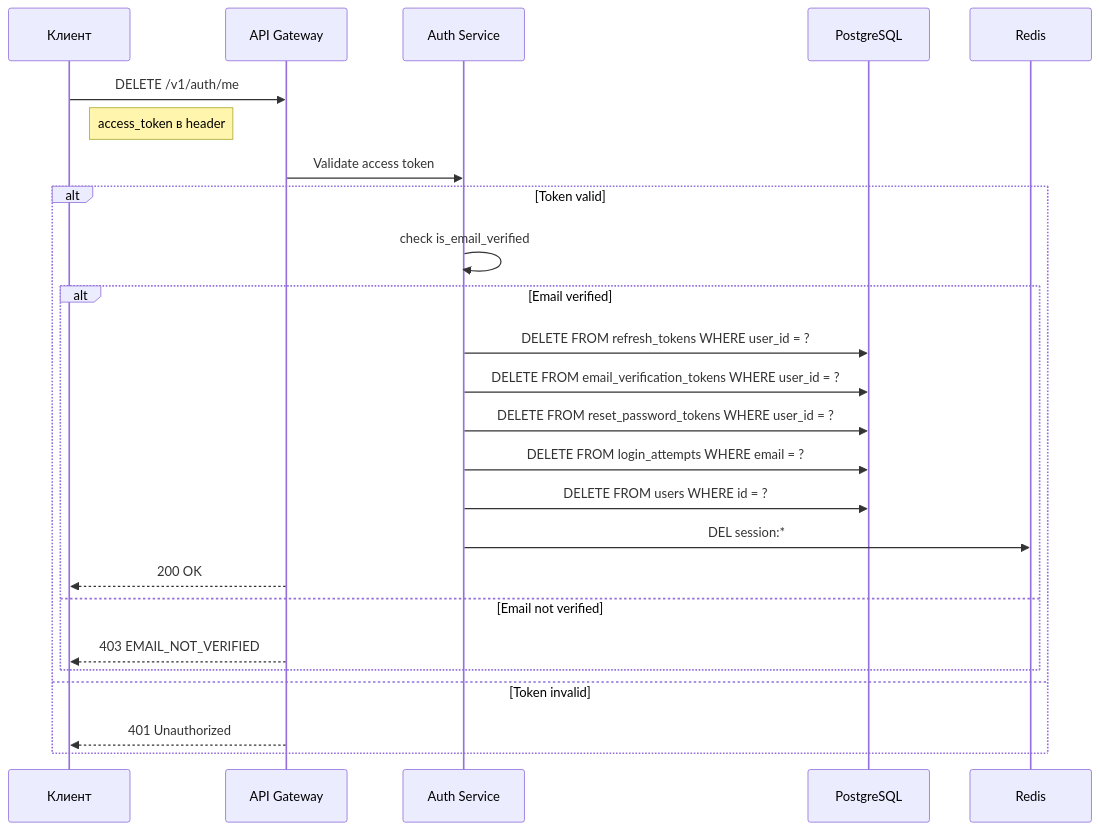
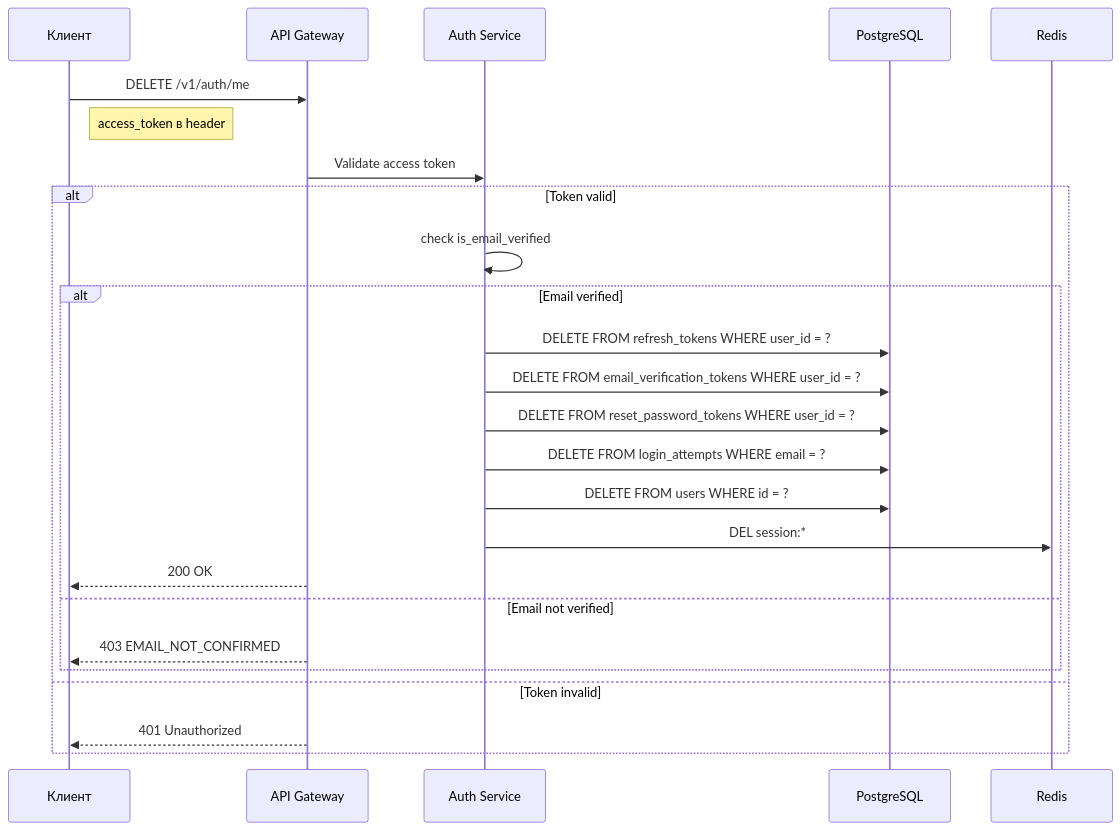
One commit to baks-dev/auth-system changed diagram 12 of 12 in 04-api-reference.md. Above: the diagram before and after it, drawn with Mermaid. The commit also changed other lines of this file and 2 other files, not shown here.

````diff
--- a/04-api-reference.md
+++ b/04-api-reference.md
@@ -1275,28 +1278,28 @@
 ```mermaid
 sequenceDiagram
     participant C as Клиент
     participant G as API Gateway
     participant A as Auth Service
     participant PG as PostgreSQL
     participant R as Redis
 
     C->>G: DELETE /v1/auth/me
     note right of C: access_token в header
     G->>A: Validate access token
     alt Token valid
         A->>A: check is_email_verified
         alt Email verified
             A->>PG: DELETE FROM refresh_tokens WHERE user_id = ?
             A->>PG: DELETE FROM email_verification_tokens WHERE user_id = ?
             A->>PG: DELETE FROM reset_password_tokens WHERE user_id = ?
             A->>PG: DELETE FROM login_attempts WHERE email = ?
             A->>PG: DELETE FROM users WHERE id = ?
             A->>R: DEL session:*
             G-->>C: 200 OK
         else Email not verified
-            G-->>C: 403 EMAIL_NOT_VERIFIED
+            G-->>C: 403 EMAIL_NOT_CONFIRMED
         end
     else Token invalid
         G-->>C: 401 Unauthorized
     end
 ```
````
